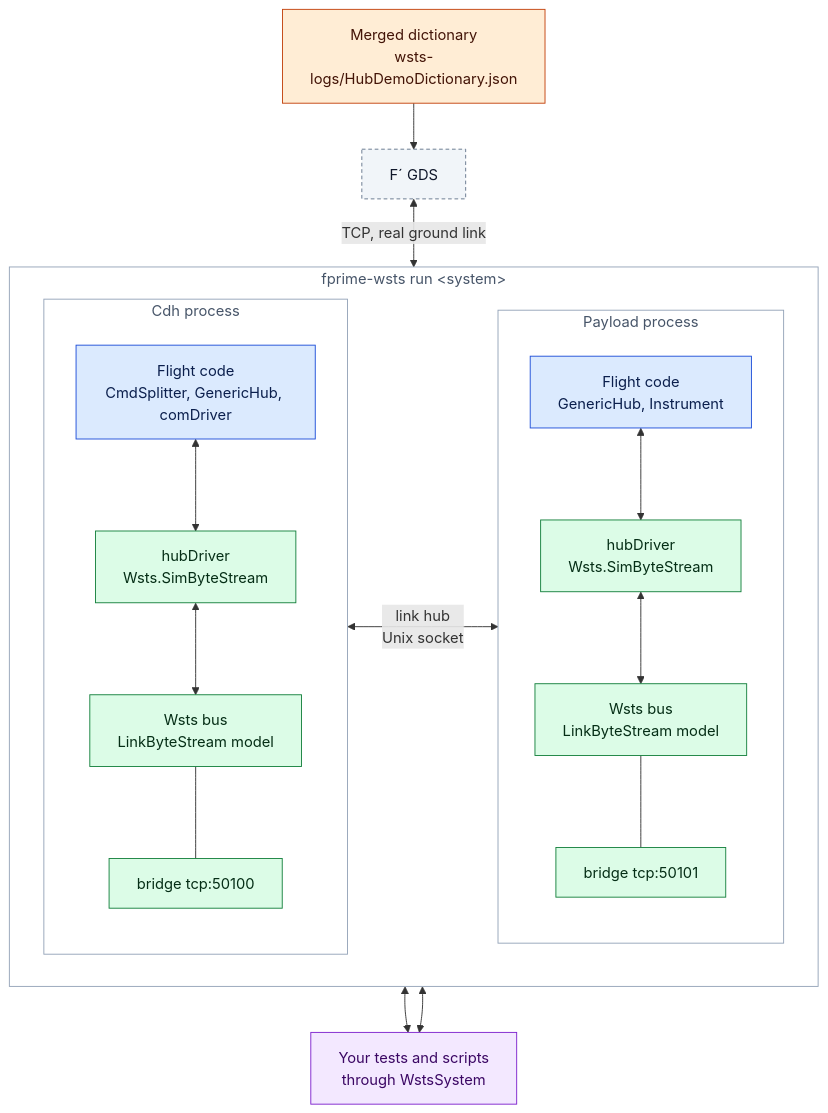
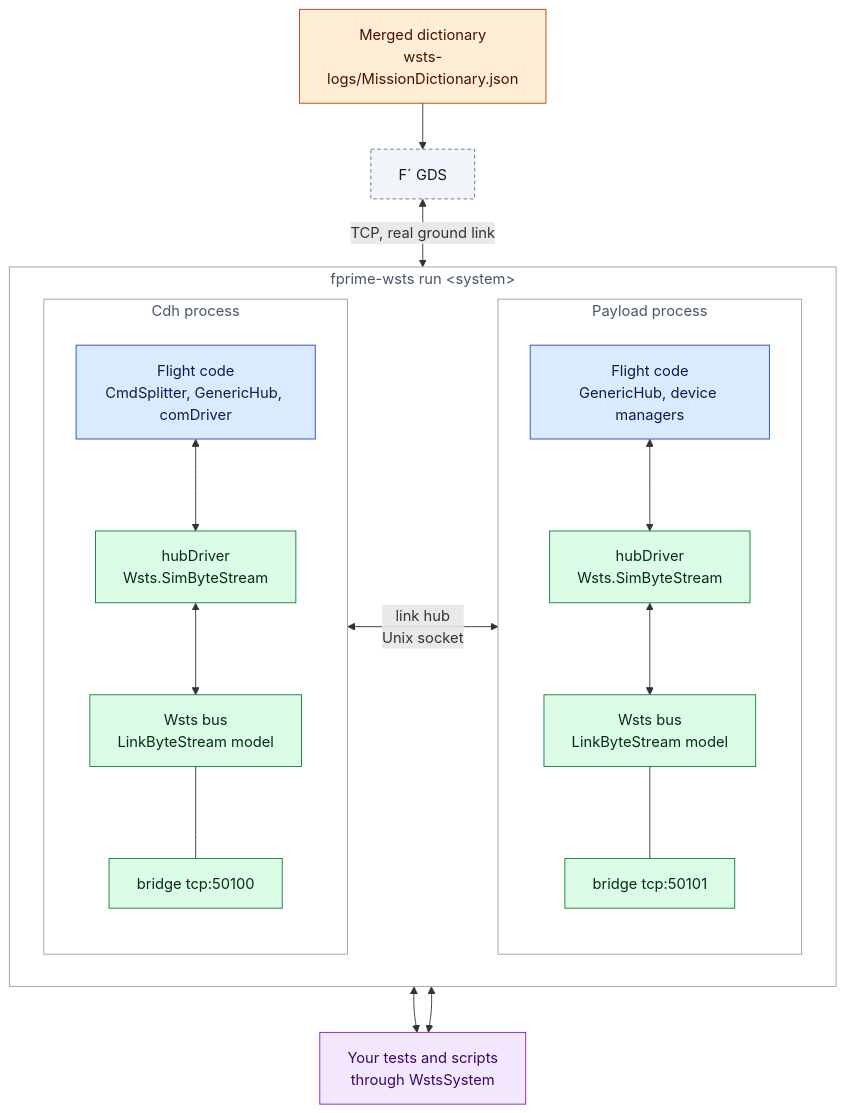
The first of 2 diagrams in docs/systems.md (vincewoo/fprime-wsts), drawn with Mermaid before and after one commit. The commit also changed other lines of this file and 301 other files, not shown here.

````diff
--- a/docs/systems.md
+++ b/docs/systems.md
@@ -8,42 +8,42 @@
 ```mermaid
 flowchart TB
-  dict["Merged dictionary<br/>wsts-logs/HubDemoDictionary.json"]:::generated
+  dict["Merged dictionary<br/>wsts-logs/MissionDictionary.json"]:::generated
   gds["F´ GDS"]:::external
 
   subgraph run["fprime-wsts run &lt;system&gt;"]
     direction LR
     subgraph cdh["Cdh process"]
       direction TB
       cfsw["Flight code<br/>CmdSplitter, GenericHub, comDriver"]:::flight
       cdrv["hubDriver<br/>Wsts.SimByteStream"]:::toolkit
       cbus["Wsts bus<br/>LinkByteStream model"]:::toolkit
       cbr["bridge tcp:50100"]:::toolkit
       cfsw <--> cdrv <--> cbus --- cbr
     end
     subgraph pay["Payload process"]
       direction TB
-      pfsw["Flight code<br/>GenericHub, Instrument"]:::flight
+      pfsw["Flight code<br/>GenericHub, device managers"]:::flight
       pdrv["hubDriver<br/>Wsts.SimByteStream"]:::toolkit
       pbus["Wsts bus<br/>LinkByteStream model"]:::toolkit
       pbr["bridge tcp:50101"]:::toolkit
       pfsw <--> pdrv <--> pbus --- pbr
     end
   end
 
   client["Your tests and scripts<br/>through WstsSystem"]:::user
 
   dict --> gds
   gds <-->|"TCP, real ground link"| cfsw
   cbus <-->|"link hub<br/>Unix socket"| pbus
   cbr <--> client
   pbr <--> client
 
   classDef flight fill:#dbeafe,stroke:#1d4ed8,color:#0b1f4d
   classDef toolkit fill:#dcfce7,stroke:#15803d,color:#052e16
   classDef generated fill:#ffedd5,stroke:#c2410c,color:#431407
   classDef user fill:#f3e8ff,stroke:#7e22ce,color:#3b0764
   classDef external fill:#f1f5f9,stroke:#64748b,color:#0f172a,stroke-dasharray:4 3
   style run fill:none,stroke:#94a3b8,color:#475569
   style cdh fill:none,stroke:#94a3b8,color:#475569
   style pay fill:none,stroke:#94a3b8,color:#475569
 ```
````
